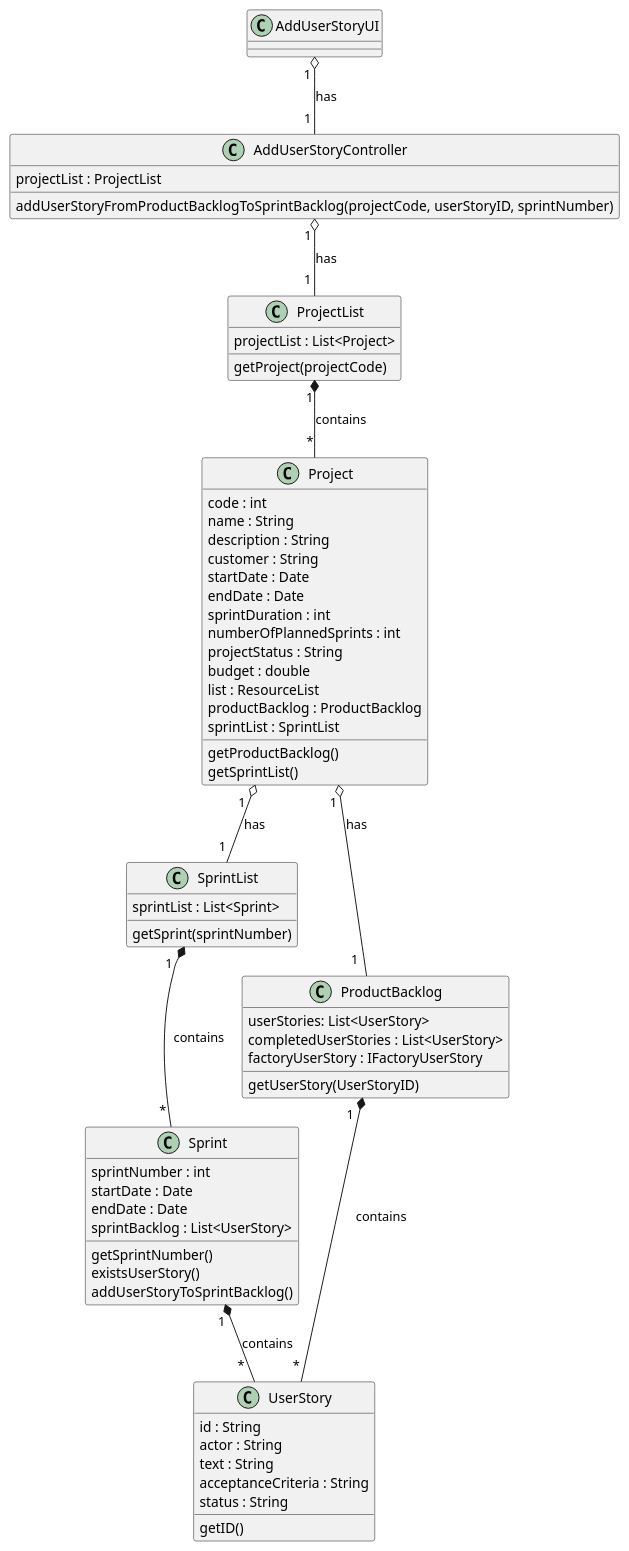
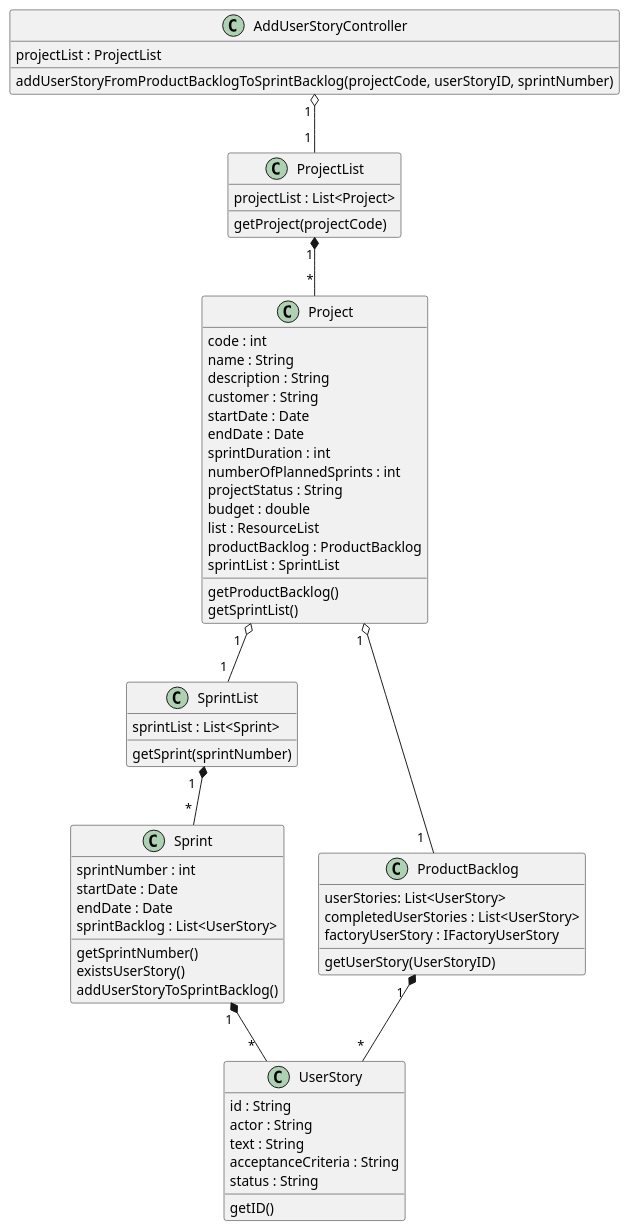
Before and after one commit to ivo-menezes/project_g3: the diagram in docs/modelling_design/user_stories/us020/US020_AddUserStoryFromProductBacklogToSprintBacklogCD.puml, drawn with PlantUML. The commit also changed 2 other files, not shown here.

```diff
--- a/docs/modelling_design/user_stories/us020/US020_AddUserStoryFromProductBacklogToSprintBacklogCD.puml
+++ b/docs/modelling_design/user_stories/us020/US020_AddUserStoryFromProductBacklogToSprintBacklogCD.puml
@@ -1,86 +1,81 @@
 @startuml
-
-class AddUserStoryUI {}
 
 class AddUserStoryController {
 projectList : ProjectList
 addUserStoryFromProductBacklogToSprintBacklog(projectCode, userStoryID, sprintNumber)
 }
 
 class ProjectList {
 projectList : List<Project>
 getProject(projectCode)
 }
 
 class Project {
 code : int
 name : String
 description : String
 customer : String
 startDate : Date
 endDate : Date
 sprintDuration : int
 numberOfPlannedSprints : int
 projectStatus : String
 budget : double
 list : ResourceList
 productBacklog : ProductBacklog
 sprintList : SprintList
 getProductBacklog()
 getSprintList()
 }
 
 class SprintList {
 sprintList : List<Sprint>
 getSprint(sprintNumber)
 }
 
 class Sprint {
 sprintNumber : int
 startDate : Date
 endDate : Date
 sprintBacklog : List<UserStory>
 getSprintNumber()
 existsUserStory()
 addUserStoryToSprintBacklog()
 }
 
 class ProductBacklog {
 userStories: List<UserStory>
 completedUserStories : List<UserStory>
 factoryUserStory : IFactoryUserStory
 getUserStory(UserStoryID)
 
 }
 
 'class FactoryUserStoryImpl {
 'createUserStory(id, actor, text, acceptanceCriteria)
 '}
 
 'interface IFactoryUserStory {
 'createUserStory(id, actor, text, acceptanceCriteria)
 '}
 
 class UserStory {
 id : String
 actor : String
 text : String
 acceptanceCriteria : String
 status : String
 getID()
 }
 
 
-AddUserStoryUI "1 " o-- "1 " AddUserStoryController : has
-AddUserStoryController "1 " o-- "1 " ProjectList : has
-ProjectList "      1" *-- "                    *" Project : contains
-Project "1 " o-- "1  " ProductBacklog : has
-Project "1  " o-- "1 " SprintList : has
-ProductBacklog "1  " *-- " * " UserStory : contains
-SprintList "1  " *-- " * " Sprint : contains
-Sprint "1 " *-- " *  " UserStory : contains
-'FactoryUserStoryImpl  ..|> IFactoryUserStory
-'ProductBacklog "1" o-- "1" FactoryUserStoryImpl
-'FactoryUserStoryImpl ..> UserStory : creates
+
+AddUserStoryController "1 " o-- "1 " ProjectList
+ProjectList "      1" *-- "                    *" Project
+Project "1 " o-- "1  " ProductBacklog
+Project "1  " o-- "1 " SprintList
+ProductBacklog "1  " *-- " * " UserStory
+SprintList "1  " *-- " * " Sprint
+Sprint "1 " *-- " *  " UserStory
 
 @enduml
```
